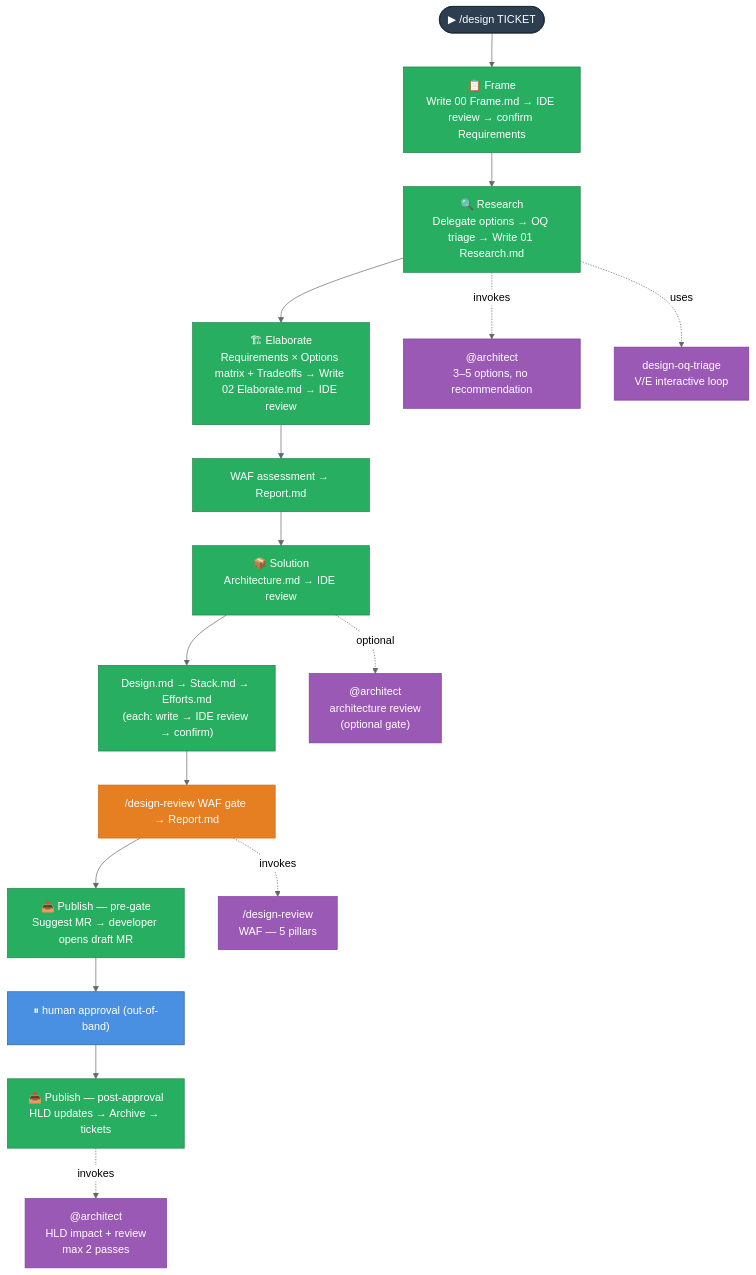
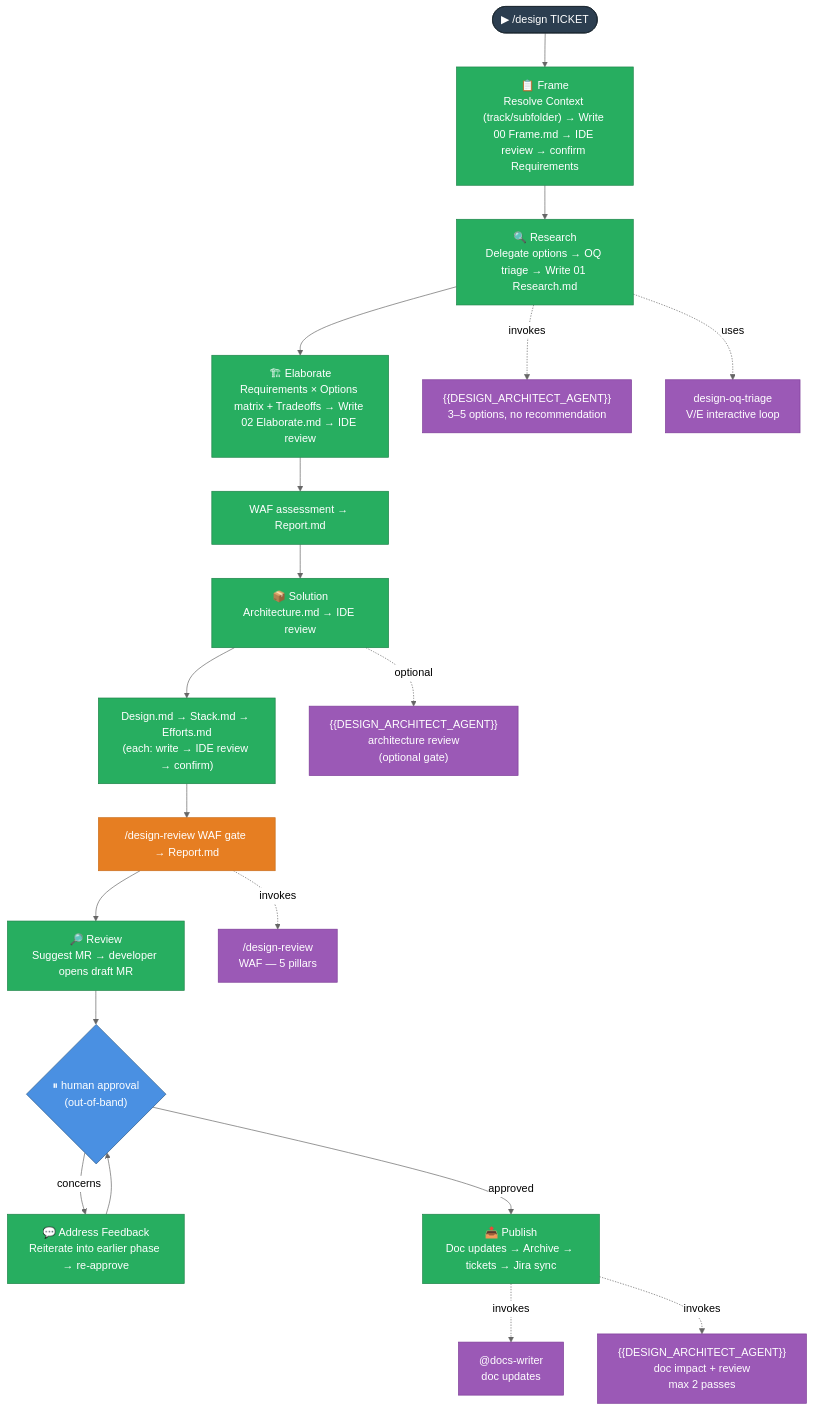
One commit to DataArt/adlc-discovery-tool changed the diagram in .harness-bootstrap/Engineering Guide/Lifecycles/02 Design Lifecycle.md. Above: the diagram before and after it, drawn with Mermaid (neutral theme). The commit also changed other lines of this file and 255 other files, not shown here.

````diff
--- a/.harness-bootstrap/Engineering Guide/Lifecycles/02 Design Lifecycle.md
+++ b/.harness-bootstrap/Engineering Guide/Lifecycles/02 Design Lifecycle.md
@@ -30,35 +32,40 @@
 ```mermaid
 flowchart TD
     START(["▶ /design TICKET"]):::actor
 
-    F["📋 Frame\nWrite 00 Frame.md → IDE review → confirm Requirements"]:::phase
+    F["📋 Frame\nResolve Context (track/subfolder) → Write 00 Frame.md → IDE review → confirm Requirements"]:::phase
     R["🔍 Research\nDelegate options → OQ triage → Write 01 Research.md"]:::phase
     E["🏗 Elaborate\nRequirements × Options matrix + Tradeoffs → Write 02 Elaborate.md → IDE review"]:::phase
     EW["WAF assessment → Report.md"]:::phase
     S1["📦 Solution\nArchitecture.md → IDE review"]:::phase
     S2["Design.md → Stack.md → Efforts.md\n(each: write → IDE review → confirm)"]:::phase
     SGATE["/design-review WAF gate → Report.md"]:::gate
-    PG["📤 Publish — pre-gate\nSuggest MR → developer opens draft MR"]:::phase
-    PAPPROVE["⏸ human approval (out-of-band)"]:::human
-    PP["📤 Publish — post-approval\nHLD updates → Archive → tickets"]:::phase
+    REV["🔎 Review\nSuggest MR → developer opens draft MR"]:::phase
+    PAPPROVE{"⏸ human approval\n(out-of-band)"}:::human
+    AF["💬 Address Feedback\nReiterate into earlier phase → re-approve"]:::phase
+    PUB["📤 Publish\nDoc updates → Archive → tickets → Jira sync"]:::phase
 
-    ARC_R["@architect\n3–5 options, no recommendation"]:::sat
+    ARC_R["{{DESIGN_ARCHITECT_AGENT}}\n3–5 options, no recommendation"]:::sat
     OQT["design-oq-triage\nV/E interactive loop"]:::sat
-    ARC_S["@architect\narchitecture review\n(optional gate)"]:::sat
+    ARC_S["{{DESIGN_ARCHITECT_AGENT}}\narchitecture review\n(optional gate)"]:::sat
     DR["/design-review\nWAF — 5 pillars"]:::sat
-    ARC_P["@architect\nHLD impact + review\nmax 2 passes"]:::sat
+    DW["@docs-writer\ndoc updates"]:::sat
+    ARC_P["{{DESIGN_ARCHITECT_AGENT}}\ndoc impact + review\nmax 2 passes"]:::sat
 
-    START --> F --> R --> E --> EW --> S1 --> S2 --> SGATE --> PG --> PAPPROVE --> PP
+    START --> F --> R --> E --> EW --> S1 --> S2 --> SGATE --> REV --> PAPPROVE
+    PAPPROVE -->|concerns| AF --> PAPPROVE
+    PAPPROVE -->|approved| PUB
 
     R -.->|invokes| ARC_R
     R -.->|uses| OQT
     S1 -.->|optional| ARC_S
     SGATE -.->|invokes| DR
-    PP -.->|invokes| ARC_P
+    PUB -.->|invokes| DW
+    PUB -.->|invokes| ARC_P
 
     classDef actor fill:#2C3E50,stroke:#1A252F,color:#fff
     classDef phase fill:#27AE60,stroke:#1E8449,color:#fff
     classDef gate fill:#E67E22,stroke:#CA6F1E,color:#fff
     classDef human fill:#4A90E2,stroke:#2E5C8A,color:#fff
     classDef sat fill:#9B59B6,stroke:#7D3C98,color:#fff
 ```
````
